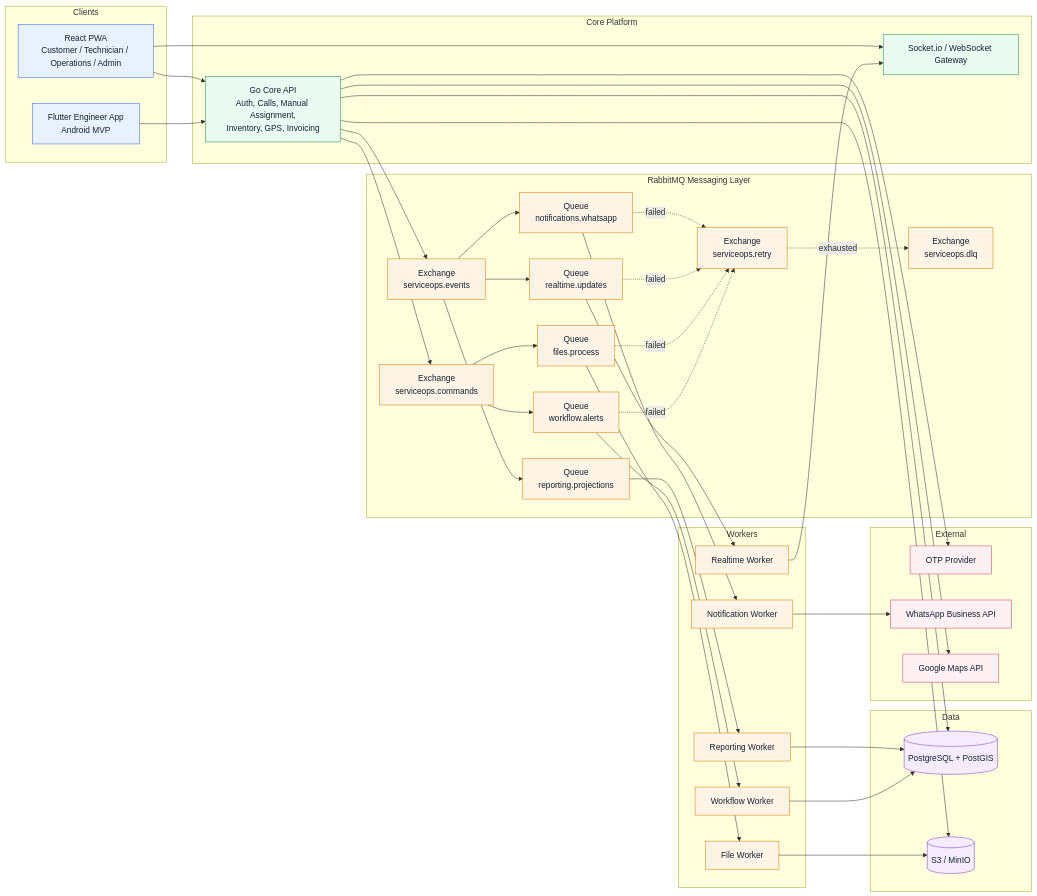
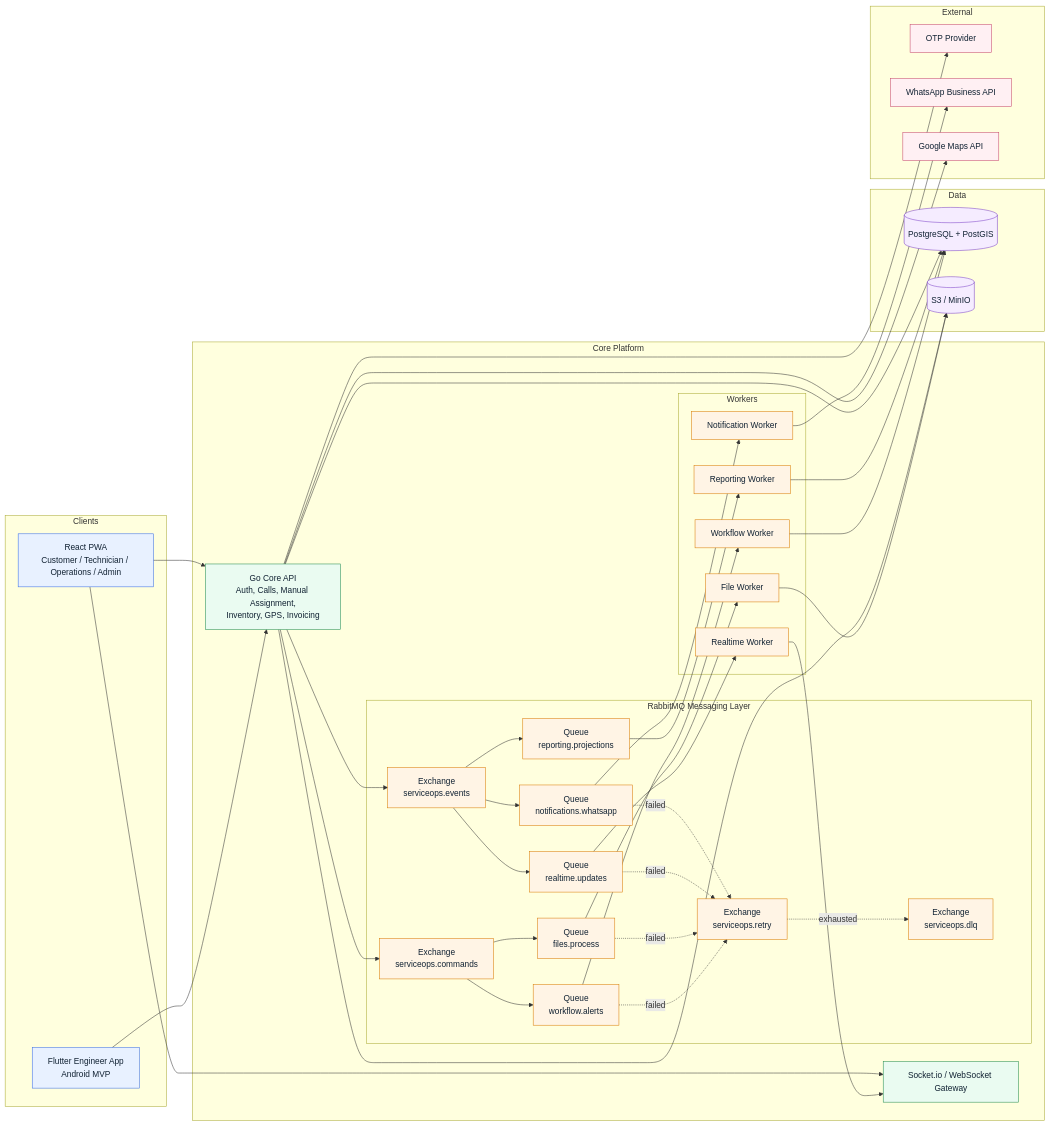
One commit to Rama12/EIPlatform1 changed the first of 3 diagrams in Readme.md. Above: the diagram before and after it, drawn with Mermaid.

````diff
--- a/Readme.md
+++ b/Readme.md
@@ -42,77 +42,76 @@
 ```mermaid
 flowchart LR
     classDef client fill:#E8F1FF,stroke:#356AE6,color:#123;
     classDef core fill:#EAFBF1,stroke:#1F8A4C,color:#123;
     classDef async fill:#FFF4E5,stroke:#D97A00,color:#123;
     classDef data fill:#F5ECFF,stroke:#7A3EC8,color:#123;
     classDef ext fill:#FFF0F3,stroke:#C44569,color:#123;
 
     subgraph Clients
         PWA[React PWA<br/>Customer / Technician / Operations / Admin]
         ENGAPP[Flutter Engineer App<br/>Android MVP]
     end
 
     subgraph Core["Core Platform"]
         API[Go Core API<br/>Auth, Calls, Manual Assignment,<br/>Inventory, GPS, Invoicing]
         WS[Socket.io / WebSocket Gateway]
-    end
+        subgraph MQ["RabbitMQ Messaging Layer"]
+            EX1[Exchange<br/>serviceops.events]
+            EX2[Exchange<br/>serviceops.commands]
+            RETRY[Exchange<br/>serviceops.retry]
+            DLQ[Exchange<br/>serviceops.dlq]
+            QN[Queue<br/>notifications.whatsapp]
+            QR[Queue<br/>realtime.updates]
+            QF[Queue<br/>files.process]
+            QW[Queue<br/>workflow.alerts]
+            QREP[Queue<br/>reporting.projections]
+        end
 
-    subgraph MQ["RabbitMQ Messaging Layer"]
-        EX1[Exchange<br/>serviceops.events]
-        EX2[Exchange<br/>serviceops.commands]
-        RETRY[Exchange<br/>serviceops.retry]
-        DLQ[Exchange<br/>serviceops.dlq]
-        QN[Queue<br/>notifications.whatsapp]
-        QR[Queue<br/>realtime.updates]
-        QF[Queue<br/>files.process]
-        QW[Queue<br/>workflow.alerts]
-        QREP[Queue<br/>reporting.projections]
-    end
-
-    subgraph Workers
-        NOTIF[Notification Worker]
-        REAL[Realtime Worker]
-        FILE[File Worker]
-        FLOW[Workflow Worker]
-        REPORT[Reporting Worker]
+        subgraph Workers
+            NOTIF[Notification Worker]
+            REAL[Realtime Worker]
+            FILE[File Worker]
+            FLOW[Workflow Worker]
+            REPORT[Reporting Worker]
+        end
     end
 
     subgraph Data
         PG[(PostgreSQL + PostGIS)]
         S3[(S3 / MinIO)]
     end
 
     subgraph External
         OTP[OTP Provider]
         WA[WhatsApp Business API]
         MAPS[Google Maps API]
     end
 
     PWA --> API
     ENGAPP --> API
     PWA --> WS
     API --> PG
     API --> S3
     API --> OTP
     API --> MAPS
     API --> EX1
     API --> EX2
 
     EX1 --> QN --> NOTIF --> WA
     EX1 --> QR --> REAL --> WS
     EX1 --> QREP --> REPORT --> PG
     EX2 --> QF --> FILE --> S3
     EX2 --> QW --> FLOW --> PG
 
     QN -.failed.-> RETRY
     QR -.failed.-> RETRY
     QF -.failed.-> RETRY
     QW -.failed.-> RETRY
     RETRY -.exhausted.-> DLQ
 
     class PWA,ENGAPP client;
     class API,WS core;
     class EX1,EX2,RETRY,DLQ,QN,QR,QF,QW,QREP,NOTIF,REAL,FILE,FLOW,REPORT async;
     class PG,S3 data;
     class OTP,WA,MAPS ext;
 ```
````
